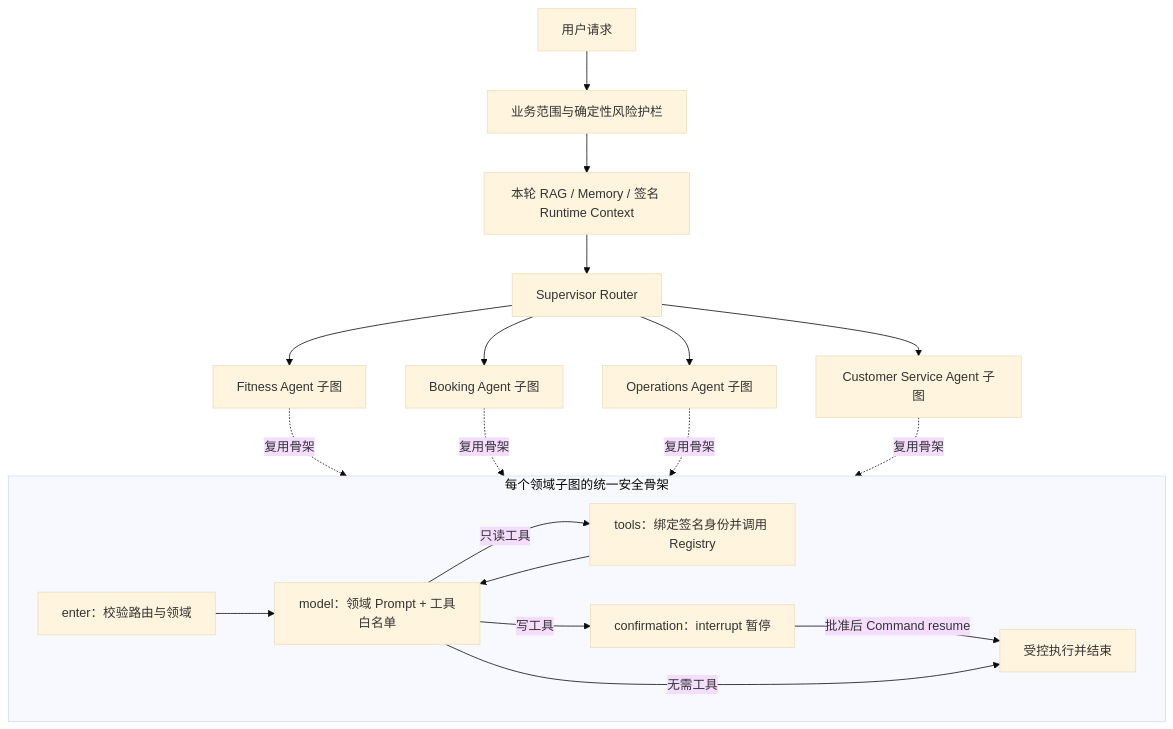
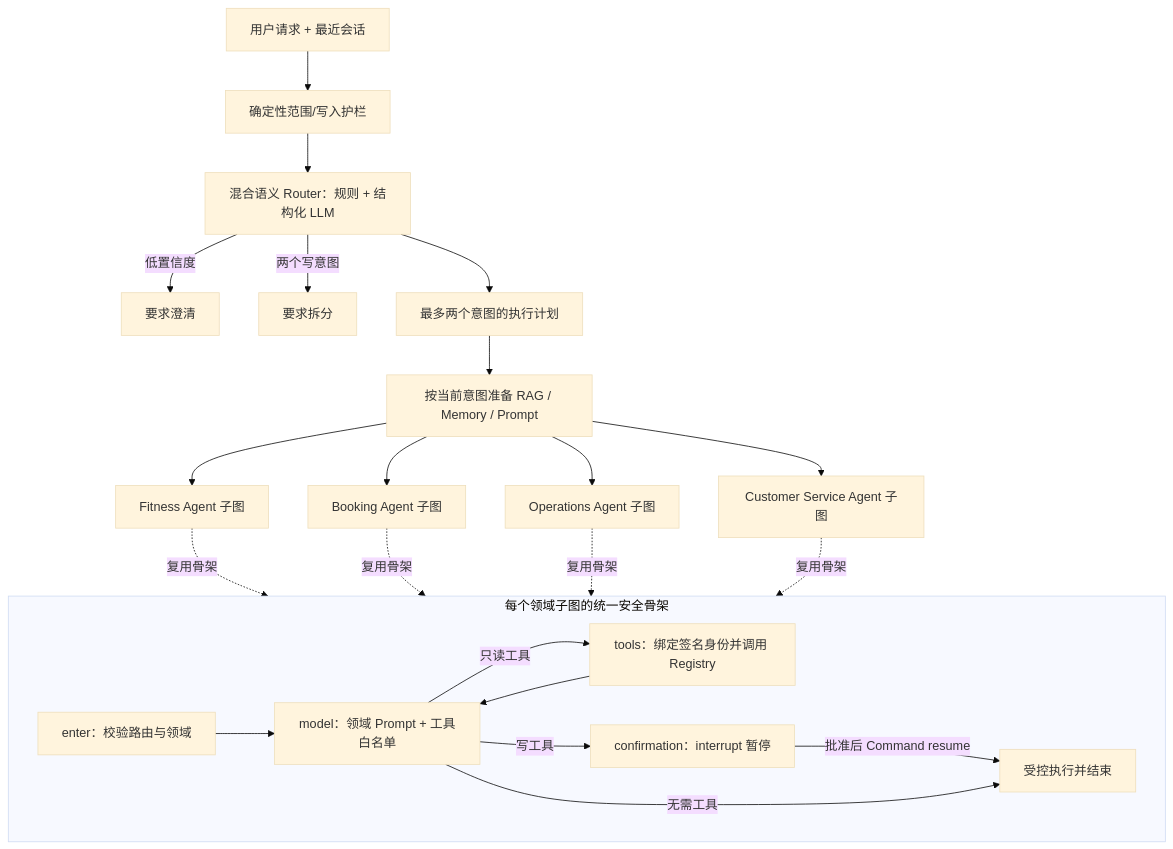
One commit to Dericccck/ai-fitness-platform changed the diagram in docs/supervisor-domain-subgraph-architecture.md. Above: the diagram before and after it, drawn with Mermaid (base theme). The commit also changed other lines of this file and 41 other files, not shown here.

Commit message:
升级 Supervisor 混合意图路由与多意图编排

````diff
--- a/docs/supervisor-domain-subgraph-architecture.md
+++ b/docs/supervisor-domain-subgraph-architecture.md
@@ -20,24 +20,27 @@
 ```mermaid
 flowchart TD
-    Start["用户请求"] --> Guard["业务范围与确定性风险护栏"]
-    Guard --> Context["本轮 RAG / Memory / 签名 Runtime Context"]
-    Context --> Router["Supervisor Router"]
-    Router --> Fitness["Fitness Agent 子图"]
-    Router --> Booking["Booking Agent 子图"]
-    Router --> Operations["Operations Agent 子图"]
-    Router --> Customer["Customer Service Agent 子图"]
+    Start["用户请求 + 最近会话"] --> Guard["确定性范围/写入护栏"]
+    Guard --> Router["混合语义 Router：规则 + 结构化 LLM"]
+    Router -->|低置信度| Clarify["要求澄清"]
+    Router -->|两个写意图| Split["要求拆分"]
+    Router --> Plan["最多两个意图的执行计划"]
+    Plan --> Context["按当前意图准备 RAG / Memory / Prompt"]
+    Context --> Fitness["Fitness Agent 子图"]
+    Context --> Booking["Booking Agent 子图"]
+    Context --> Operations["Operations Agent 子图"]
+    Context --> Customer["Customer Service Agent 子图"]
 
     subgraph Domain["每个领域子图的统一安全骨架"]
         Enter["enter：校验路由与领域"] --> Model["model：领域 Prompt + 工具白名单"]
         Model -->|只读工具| Tools["tools：绑定签名身份并调用 Registry"]
         Tools --> Model
         Model -->|写工具| Confirm["confirmation：interrupt 暂停"]
         Confirm -->|批准后 Command resume| Done["受控执行并结束"]
         Model -->|无需工具| Done
     end
 
     Fitness -.复用骨架.-> Domain
     Booking -.复用骨架.-> Domain
     Operations -.复用骨架.-> Domain
     Customer -.复用骨架.-> Domain
 ```
````
